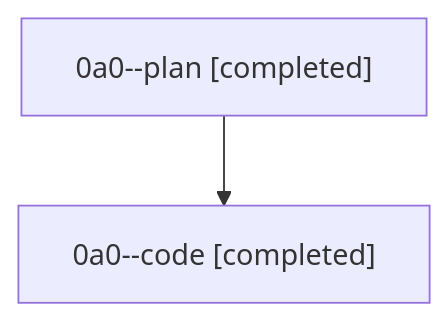
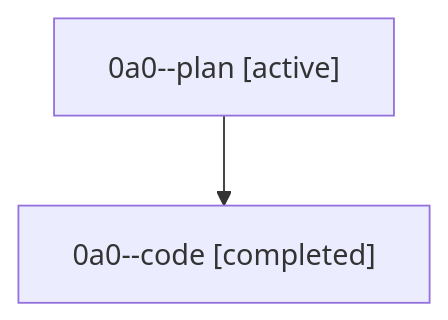
Before and after one commit to sase-org/sase--agents: the diagram in families/bbugyi200.athena.0a0.md, drawn with Mermaid. The commit also changed other lines of this file and 35830 other files, not shown here.

````diff
--- a/families/bbugyi200.athena.0a0.md
+++ b/families/bbugyi200.athena.0a0.md
@@ -9,6 +9,6 @@
 ```mermaid
 flowchart TD
-  n0["0a0--plan [completed]"]
+  n0["0a0--plan [active]"]
   n1["0a0--code [completed]"]
   n0 --> n1
 ```
````
